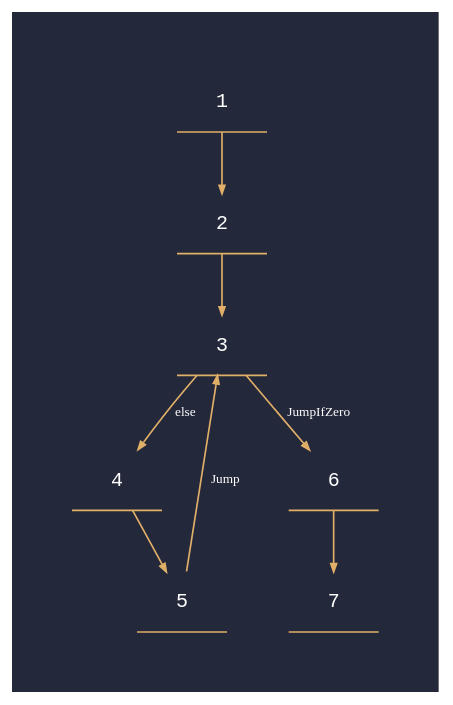
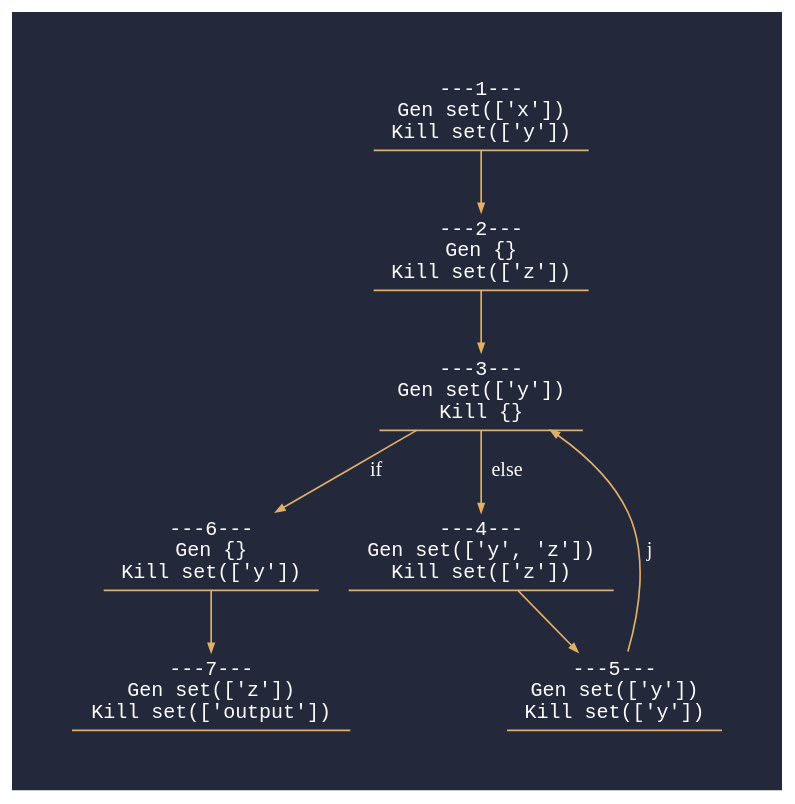
One commit to jorgeypcb/ImpCodeGenerator changed the diagram in programs/dot-files/factorial.cfg.dot. Above: the diagram before and after it, drawn with Graphviz. The commit also changed 32 other files, not shown here.

```diff
--- a/programs/dot-files/factorial.cfg.dot
+++ b/programs/dot-files/factorial.cfg.dot
@@ -1,18 +1,61 @@
 digraph "factorial.cfg" {
 	graph [bgcolor="#24283B" pad=0.5]
 	node [color="#E0AF68" fontcolor="#ffffff" fontname="Hack, monospace" fontsize=12 shape=underline]
-	edge [arrowsize=0.5 color="#E0AF68" fontcolor="#ffffff" fontsize=8]
-	1
-	2
-	3
-	4
-	5
-	6
-	1 -> 2 [label=""]
-	2 -> 3 [label=""]
-	3 -> 4 [label=else]
-	3 -> 6 [label=JumpIfZero]
-	4 -> 5 [label=""]
-	5 -> 3 [label=Jump]
-	6 -> 7 [label=""]
+	edge [arrowsize=0.5 color="#E0AF68" fontcolor="#ffffff" fontsize=12]
+	"---2---
+Gen {}
+Kill set(['z'])"
+	"---6---
+Gen {}
+Kill set(['y'])"
+	"---4---
+Gen set(['y', 'z'])
+Kill set(['z'])"
+	"---3---
+Gen set(['y'])
+Kill {}"
+	"---3---
+Gen set(['y'])
+Kill {}"
+	"---5---
+Gen set(['y'])
+Kill set(['y'])"
+	"---7---
+Gen set(['z'])
+Kill set(['output'])"
+	"---1---
+Gen set(['x'])
+Kill set(['y'])" -> "---2---
+Gen {}
+Kill set(['z'])" [label=""]
+	"---3---
+Gen set(['y'])
+Kill {}" -> "---6---
+Gen {}
+Kill set(['y'])" [label=" if "]
+	"---3---
+Gen set(['y'])
+Kill {}" -> "---4---
+Gen set(['y', 'z'])
+Kill set(['z'])" [label=" else "]
+	"---2---
+Gen {}
+Kill set(['z'])" -> "---3---
+Gen set(['y'])
+Kill {}" [label=""]
+	"---5---
+Gen set(['y'])
+Kill set(['y'])" -> "---3---
+Gen set(['y'])
+Kill {}" [label=" j "]
+	"---4---
+Gen set(['y', 'z'])
+Kill set(['z'])" -> "---5---
+Gen set(['y'])
+Kill set(['y'])" [label=""]
+	"---6---
+Gen {}
+Kill set(['y'])" -> "---7---
+Gen set(['z'])
+Kill set(['output'])" [label=""]
 }
```
